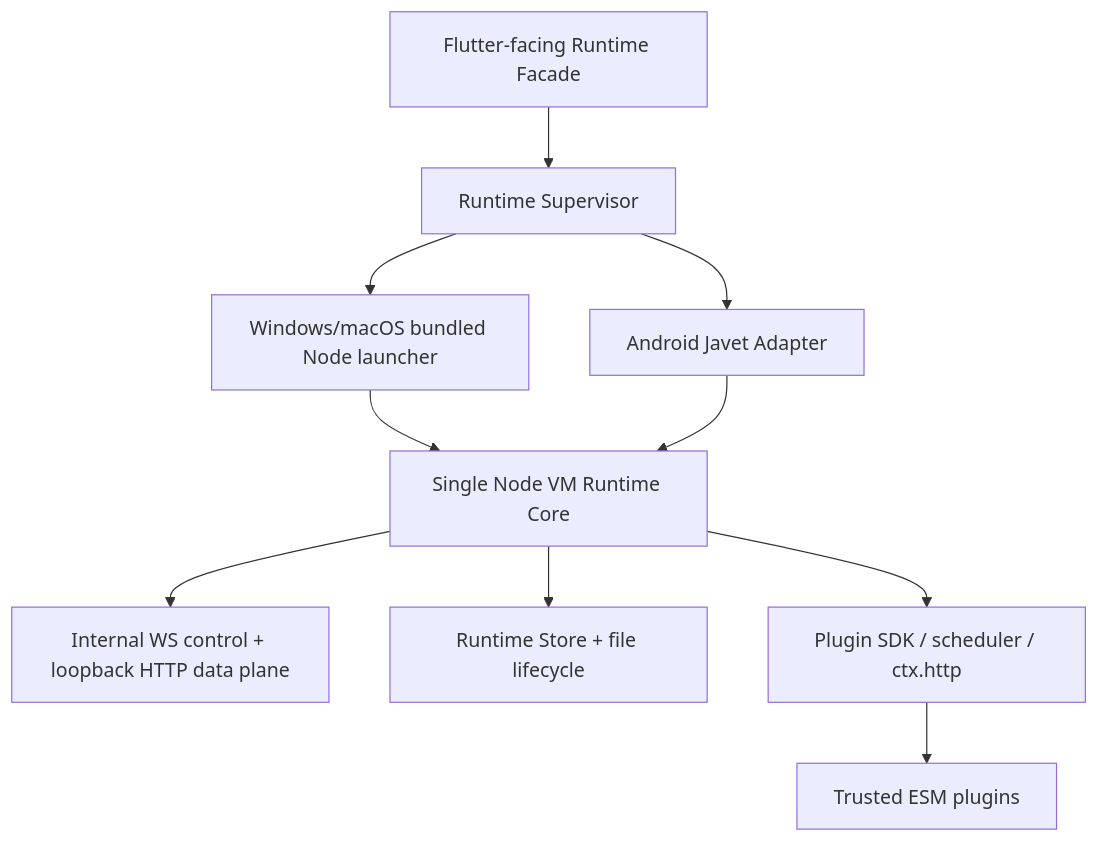
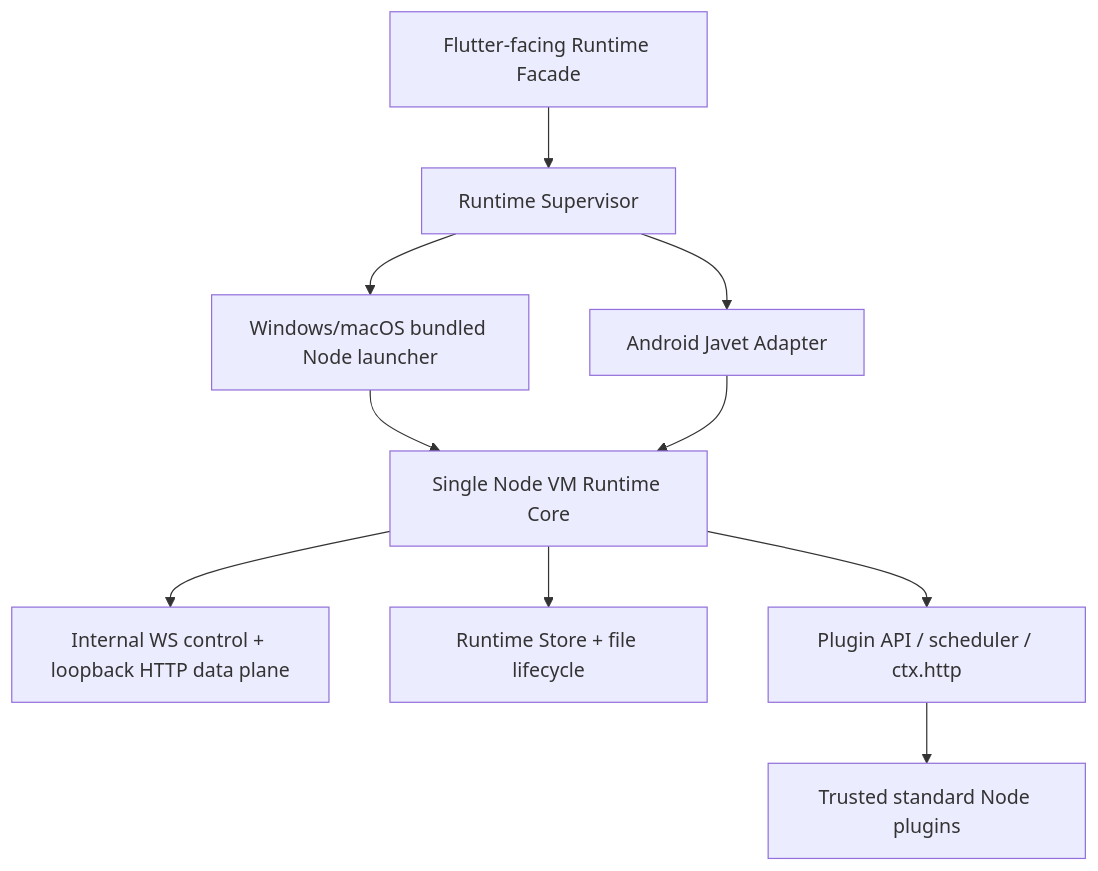
One commit to lingy-Mg/mg_read changed the diagram in docs/standalone-runtime-contract.md. Above: the diagram before and after it, drawn with Mermaid. The commit also changed other lines of this file and 57 other files, not shown here.

````diff
--- a/docs/standalone-runtime-contract.md
+++ b/docs/standalone-runtime-contract.md
@@ -53,12 +53,12 @@
 ```mermaid
 flowchart TB
     FACADE["Flutter-facing Runtime Facade"] --> SUP["Runtime Supervisor"]
     SUP --> DESKTOP["Windows/macOS bundled Node launcher"]
     SUP --> ANDROID["Android Javet Adapter"]
     DESKTOP --> CORE["Single Node VM Runtime Core"]
     ANDROID --> CORE
     CORE --> WIRE["Internal WS control + loopback HTTP data plane"]
     CORE --> STORE["Runtime Store + file lifecycle"]
-    CORE --> SDK["Plugin SDK / scheduler / ctx.http"]
-    SDK --> PLUGIN["Trusted ESM plugins"]
+    CORE --> SDK["Plugin API / scheduler / ctx.http"]
+    SDK --> PLUGIN["Trusted standard Node plugins"]
 ```
````
